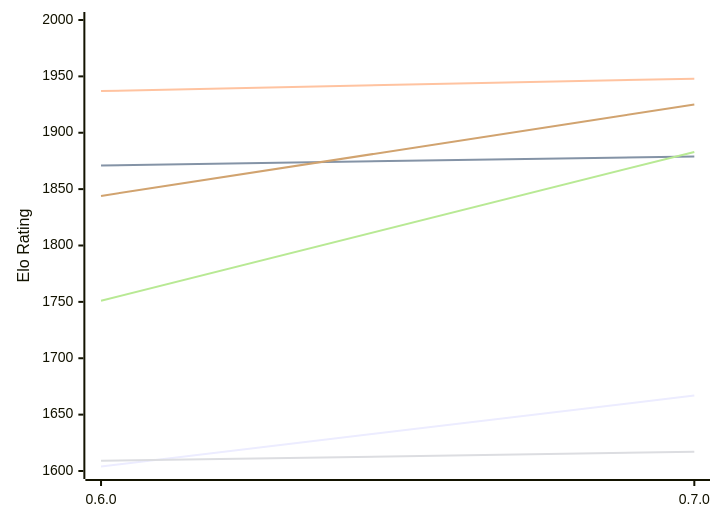
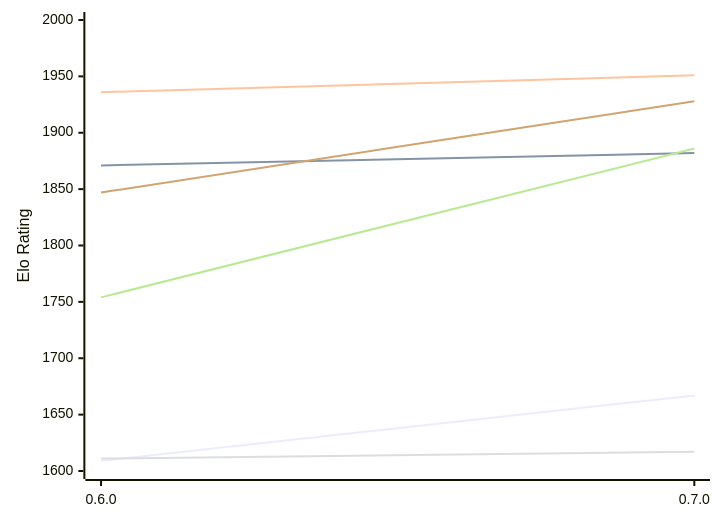
Before and after one commit to computer-chess-index/cci: the first of 2 diagrams in engines/Chess-rs.md, drawn with Mermaid. The commit also changed other lines of this file, not shown here.

Commit message:
Update CCI Ratings (ELO VLTC) - 2026-11-24

````diff
--- a/engines/Chess-rs.md
+++ b/engines/Chess-rs.md
@@ -51,12 +51,12 @@
 ```mermaid
 %%{init: {"theme":"base","themeVariables":{"seriesColors:['#a3a3a3','#222221','#faa371']}}}%%
 xychart-beta
   x-axis ["0.6.0", "0.7.0"]
   y-axis "Elo Rating" 1600 --> 2000
-  line "E1: STC (8.0+0.08s)" [1604, 1667]
-  line "E1: LTC (60.0+0.60s)" [1871, 1879]
-  line "E1: VLTC (2m24s+1.12s)" [1937, 1948]
-  line "P1: STC (8.0+0.08s)" [1609, 1617]
-  line "P1: LTC (60.0+0.60s)" [1751, 1883]
-  line "P1: VLTC (2m24s+1.12s)" [1844, 1925]
+  line "E1: STC (8.0+0.08s)" [1609, 1667]
+  line "E1: LTC (60.0+0.60s)" [1871, 1882]
+  line "E1: VLTC (2m24s+1.12s)" [1936, 1951]
+  line "P1: STC (8.0+0.08s)" [1611, 1617]
+  line "P1: LTC (60.0+0.60s)" [1754, 1886]
+  line "P1: VLTC (2m24s+1.12s)" [1847, 1928]
 ```
````
